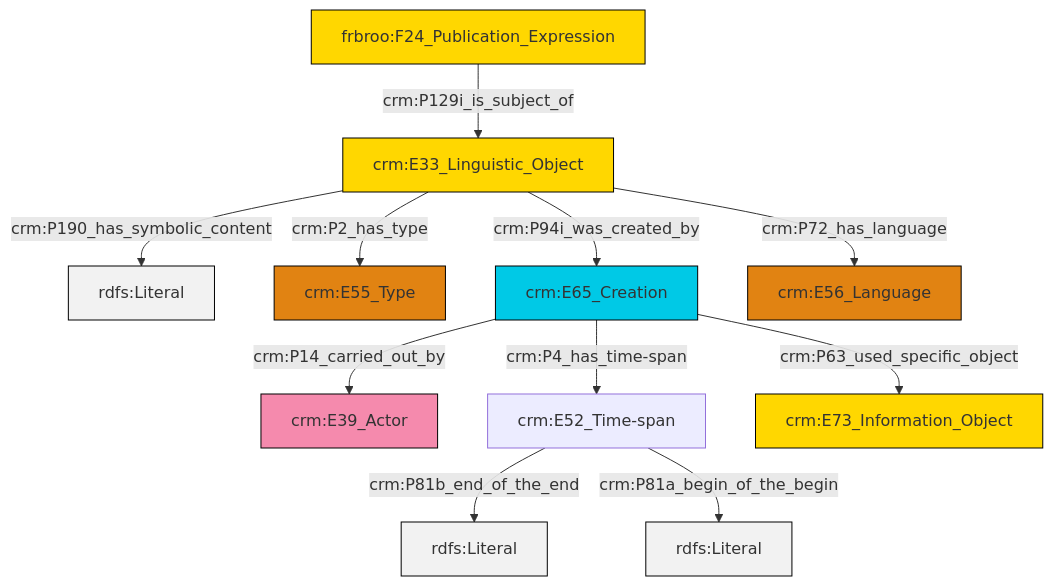
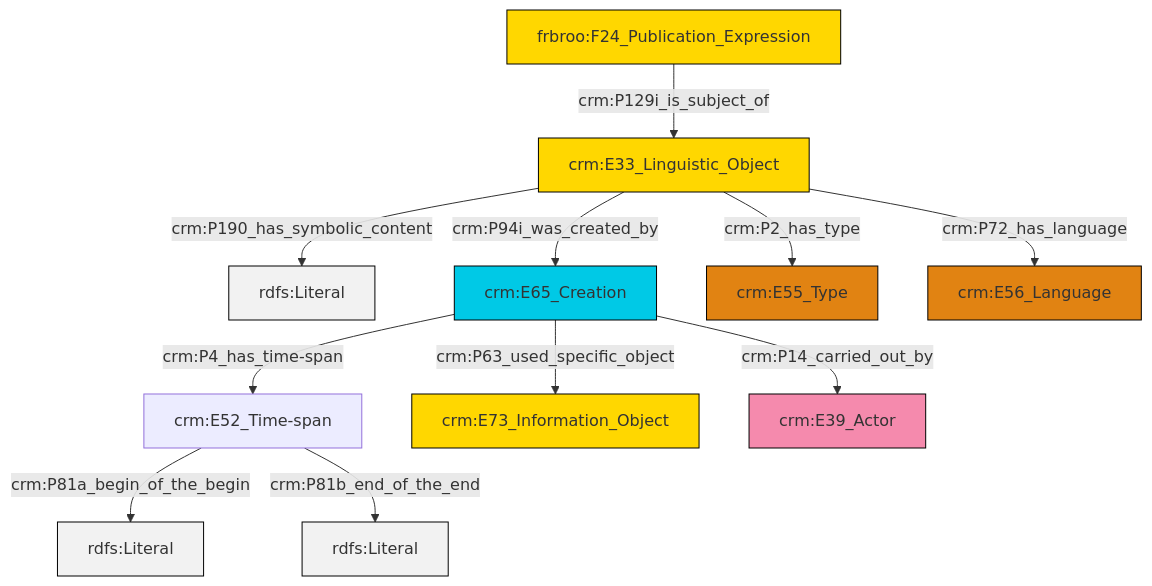
One commit to swiss-art-research-net/reference-data-models changed the diagram in et/biblioCSV/ttl/mmd/biblio_description.ttl.mmd. Above: the diagram before and after it, drawn with Mermaid. The commit also changed 124 other files, not shown here.

```diff
--- a/et/biblioCSV/ttl/mmd/biblio_description.ttl.mmd
+++ b/et/biblioCSV/ttl/mmd/biblio_description.ttl.mmd
@@ -1,25 +1,25 @@
 graph TD
 classDef Literal fill:#f2f2f2,stroke:#000000;
 classDef CRM_Entity fill:#FFFFFF,stroke:#000000;
 classDef Temporal_Entity fill:#00C9E6, stroke:#000000;
 classDef Type fill:#E18312, stroke:#000000;
 classDef Time-Span fill:#2C9C91, stroke:#000000;
 classDef Appellation fill:#FFEB7F, stroke:#000000;
 classDef Place fill:#008836, stroke:#000000;
 classDef Persistent_Item fill:#B266B2, stroke:#000000;
 classDef Conceptual_Object fill:#FFD700, stroke:#000000;
 classDef Physical_Thing fill:#D2B48C, stroke:#000000;
 classDef Actor fill:#f58aad, stroke:#000000;
 classDef PC_Classes fill:#4ce600, stroke:#000000;
 classDef Multi fill:#cccccc,stroke:#000000;
 
-0["crm:E33_Linguistic_Object"]:::Conceptual_Object -->|crm:P190_has_symbolic_content| 1[rdfs:Literal]:::Literal
-0["crm:E33_Linguistic_Object"]:::Conceptual_Object -->|crm:P2_has_type| 2["crm:E55_Type"]:::Type
-7["crm:E65_Creation"]:::Temporal_Entity -->|crm:P14_carried_out_by| 5["crm:E39_Actor"]:::Actor
-0["crm:E33_Linguistic_Object"]:::Conceptual_Object -->|crm:P72_has_language| 8["crm:E56_Language"]:::Type
-9["crm:E52_Time-span"]:::Default -->|crm:P81b_end_of_the_end| 10[rdfs:Literal]:::Literal
-7["crm:E65_Creation"]:::Temporal_Entity -->|crm:P63_used_specific_object| 11["crm:E73_Information_Object"]:::Conceptual_Object
-7["crm:E65_Creation"]:::Temporal_Entity -->|crm:P4_has_time-span| 9["crm:E52_Time-span"]:::Default
-9["crm:E52_Time-span"]:::Default -->|crm:P81a_begin_of_the_begin| 16[rdfs:Literal]:::Literal
-0["crm:E33_Linguistic_Object"]:::Conceptual_Object -->|crm:P94i_was_created_by| 7["crm:E65_Creation"]:::Temporal_Entity
-3["frbroo:F24_Publication_Expression"]:::Conceptual_Object -->|crm:P129i_is_subject_of| 0["crm:E33_Linguistic_Object"]:::Conceptual_Object
+0["crm:E33_Linguistic_Object"]:::Conceptual_Object -->|crm:P190_has_symbolic_content| 2[rdfs:Literal]:::Literal
+3["crm:E65_Creation"]:::Temporal_Entity -->|crm:P4_has_time-span| 4["crm:E52_Time-span"]:::Default
+3["crm:E65_Creation"]:::Temporal_Entity -->|crm:P63_used_specific_object| 6["crm:E73_Information_Object"]:::Conceptual_Object
+0["crm:E33_Linguistic_Object"]:::Conceptual_Object -->|crm:P2_has_type| 7["crm:E55_Type"]:::Type
+4["crm:E52_Time-span"]:::Default -->|crm:P81a_begin_of_the_begin| 11[rdfs:Literal]:::Literal
+0["crm:E33_Linguistic_Object"]:::Conceptual_Object -->|crm:P72_has_language| 12["crm:E56_Language"]:::Type
+0["crm:E33_Linguistic_Object"]:::Conceptual_Object -->|crm:P94i_was_created_by| 3["crm:E65_Creation"]:::Temporal_Entity
+9["frbroo:F24_Publication_Expression"]:::Conceptual_Object -->|crm:P129i_is_subject_of| 0["crm:E33_Linguistic_Object"]:::Conceptual_Object
+4["crm:E52_Time-span"]:::Default -->|crm:P81b_end_of_the_end| 18[rdfs:Literal]:::Literal
+3["crm:E65_Creation"]:::Temporal_Entity -->|crm:P14_carried_out_by| 16["crm:E39_Actor"]:::Actor
```
